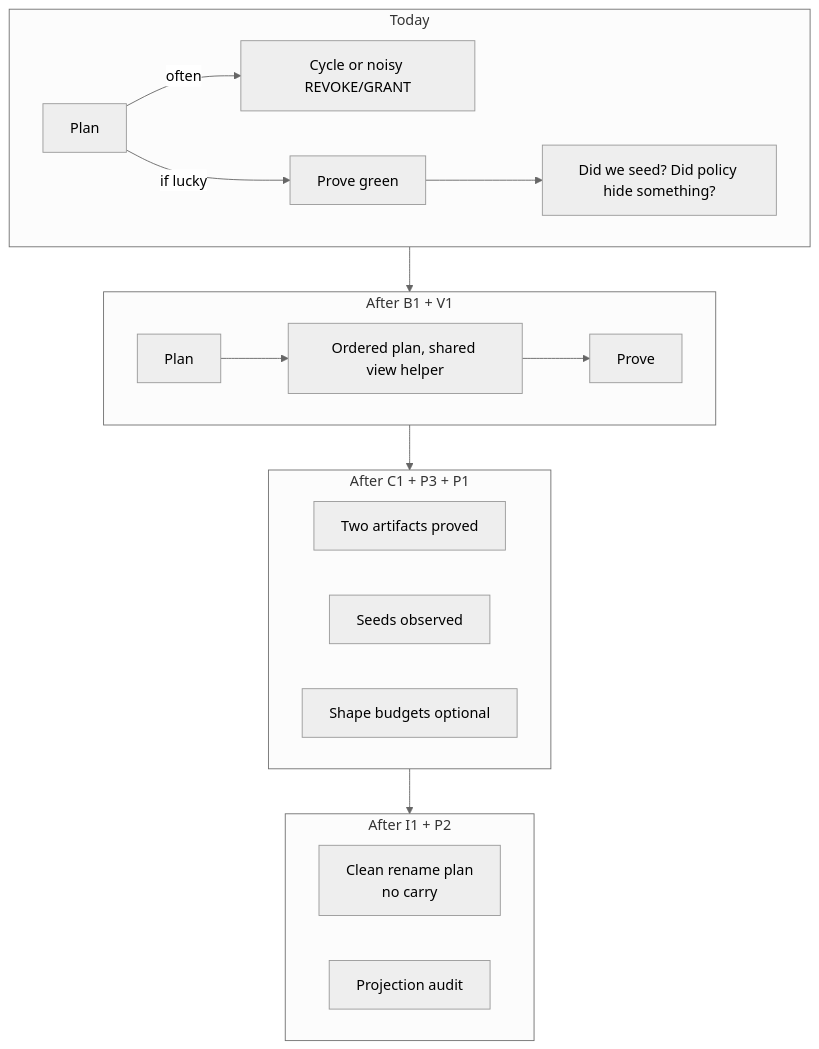
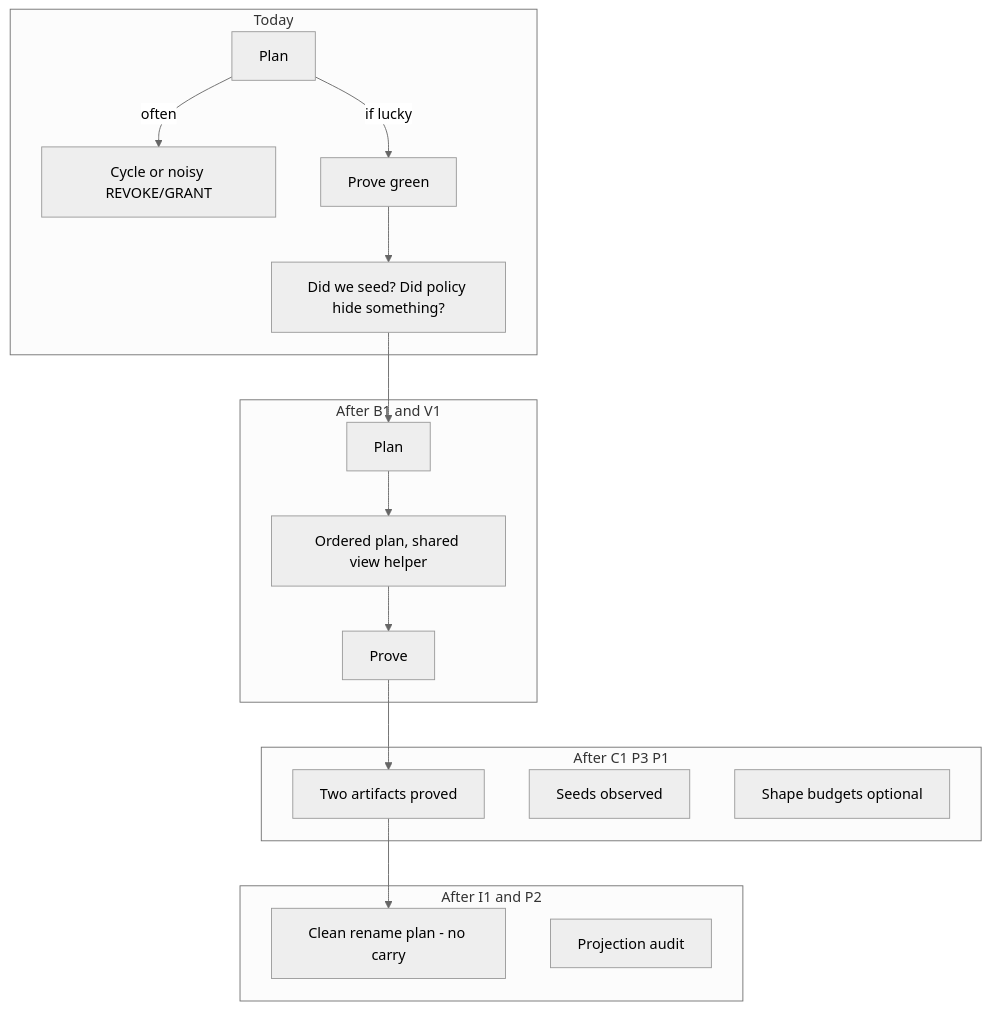
Before and after one commit to 7ttp/pg-toolbelt: the tenth of 11 diagrams in docs/roadmap/agent-tracks/OVERVIEW.md, drawn with Mermaid (neutral theme). The commit also changed other lines of this file and 2 other files, not shown here.

````diff
--- a/docs/roadmap/agent-tracks/OVERVIEW.md
+++ b/docs/roadmap/agent-tracks/OVERVIEW.md
@@ -389,26 +400,30 @@
 ```mermaid
 flowchart TB
-  subgraph T0 ["Today"]
+  subgraph T0 [Today]
     A0[Plan] -->|often| CRASH[Cycle or noisy REVOKE/GRANT]
     A0 -->|if lucky| PROVE0[Prove green]
     PROVE0 --> Q0[Did we seed? Did policy hide something?]
   end
 
-  subgraph T1 ["After B1 + V1"]
+  Q0 --> A1
+
+  subgraph T1 [After B1 and V1]
     A1[Plan] --> OK1[Ordered plan, shared view helper]
     OK1 --> PROVE1[Prove]
   end
 
-  subgraph T2 ["After C1 + P3 + P1"]
+  PROVE1 --> A2
+
+  subgraph T2 [After C1 P3 P1]
     A2[Two artifacts proved]
     SEED[Seeds observed]
     BUD[Shape budgets optional]
   end
 
-  subgraph T3 ["After I1 + P2"]
-    A3["Clean rename plan<br/>no carry"]
-    AUD[Projection audit]
+  A2 --> A3
+
+  subgraph T3 [After I1 and P2]
+    A3[Clean rename plan - no carry]
+    AUD2[Projection audit]
   end
-
-  T0 --> T1 --> T2 --> T3
 ```
````
